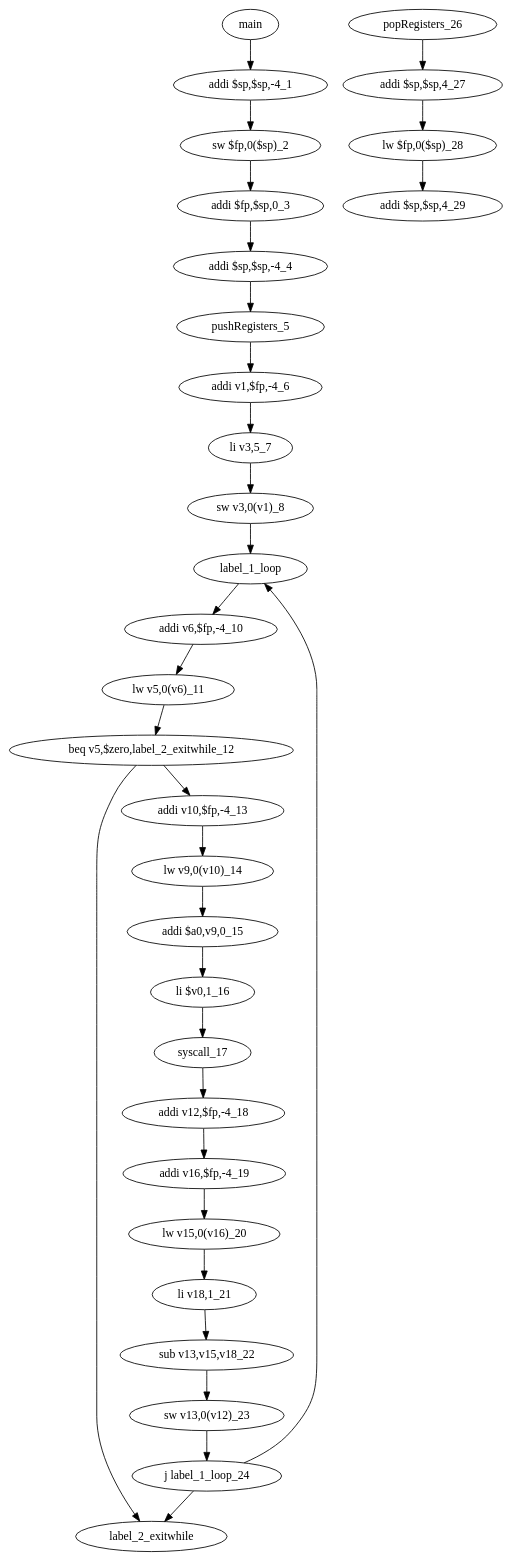
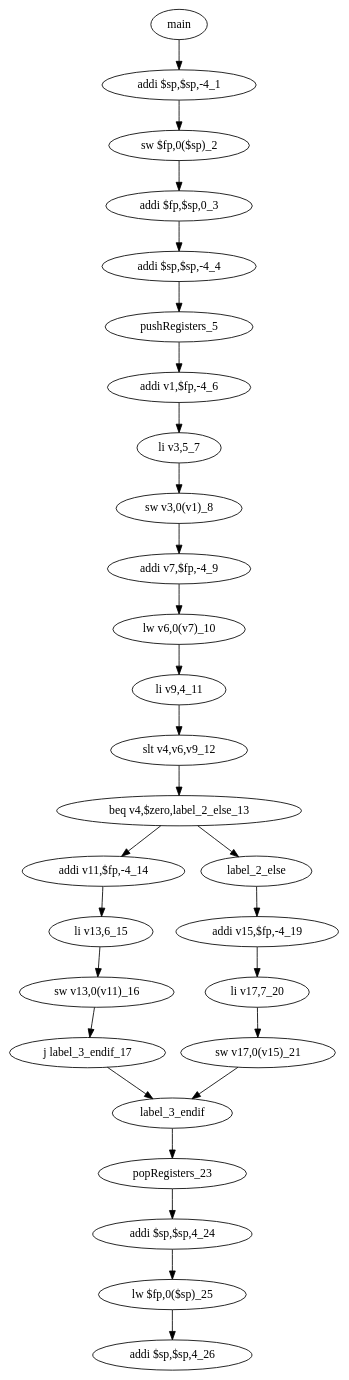
One commit to AidanGoldfarb/CtoMIPS changed the diagram in cfg.dot. Above: the diagram before and after it, drawn with Graphviz. The commit also changed 9 other files, not shown here.

```diff
--- a/cfg.dot
+++ b/cfg.dot
@@ -1,6 +1,6 @@
 digraph {
-"main" -> "addi $sp,$sp,-4_1" -> "sw $fp,0($sp)_2" -> "addi $fp,$sp,0_3" -> "addi $sp,$sp,-4_4" -> "pushRegisters_5" -> "addi v1,$fp,-4_6" -> "li v3,5_7" -> "sw v3,0(v1)_8" -> "label_1_loop" -> "addi v6,$fp,-4_10" -> "lw v5,0(v6)_11" -> "beq v5,$zero,label_2_exitwhile_12" -> "addi v10,$fp,-4_13" -> "lw v9,0(v10)_14" -> "addi $a0,v9,0_15" -> "li $v0,1_16" -> "syscall_17" -> "addi v12,$fp,-4_18" -> "addi v16,$fp,-4_19" -> "lw v15,0(v16)_20" -> "li v18,1_21" -> "sub v13,v15,v18_22" -> "sw v13,0(v12)_23" -> "j label_1_loop_24" -> "label_2_exitwhile"
-"popRegisters_26" -> "addi $sp,$sp,4_27" -> "lw $fp,0($sp)_28" -> "addi $sp,$sp,4_29"
-"j label_1_loop_24" -> "label_1_loop"
-"beq v5,$zero,label_2_exitwhile_12" -> "label_2_exitwhile"
+"main" -> "addi $sp,$sp,-4_1" -> "sw $fp,0($sp)_2" -> "addi $fp,$sp,0_3" -> "addi $sp,$sp,-4_4" -> "pushRegisters_5" -> "addi v1,$fp,-4_6" -> "li v3,5_7" -> "sw v3,0(v1)_8" -> "addi v7,$fp,-4_9" -> "lw v6,0(v7)_10" -> "li v9,4_11" -> "slt v4,v6,v9_12" -> "beq v4,$zero,label_2_else_13" -> "addi v11,$fp,-4_14" -> "li v13,6_15" -> "sw v13,0(v11)_16" -> "j label_3_endif_17"
+"label_2_else" -> "addi v15,$fp,-4_19" -> "li v17,7_20" -> "sw v17,0(v15)_21" -> "label_3_endif" -> "popRegisters_23" -> "addi $sp,$sp,4_24" -> "lw $fp,0($sp)_25" -> "addi $sp,$sp,4_26"
+"j label_3_endif_17" -> "label_3_endif"
+"beq v4,$zero,label_2_else_13" -> "label_2_else"
 }
```
